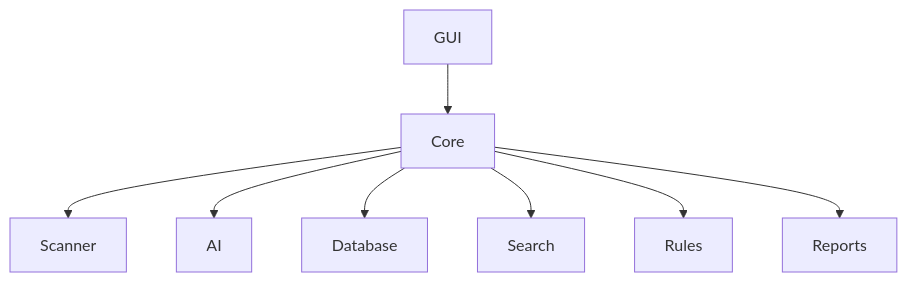
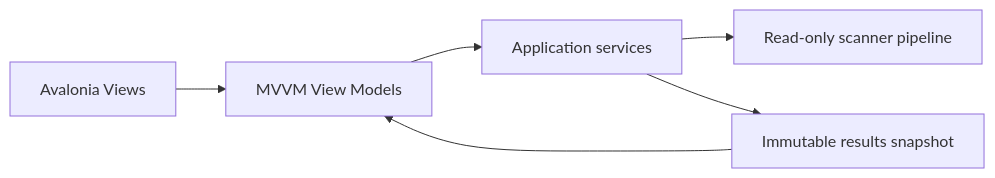
Before and after one commit to nishdel/OpenSorSe: the diagram in docs/Architecture/08_Gui/00_Overview.md, drawn with Mermaid. The commit also changed other lines of this file and 22 other files, not shown here.

````diff
--- a/docs/Architecture/08_Gui/00_Overview.md
+++ b/docs/Architecture/08_Gui/00_Overview.md
@@ -63,28 +27,8 @@
-```mermaid id="2y9v4k"
-flowchart TB
-
-GUI["GUI"]
-
-Core["Core"]
-
-Scanner["Scanner"]
-
-AI["AI"]
-
-Database["Database"]
-
-Search["Search"]
-
-Rules["Rules"]
-
-Reports["Reports"]
-
-GUI --> Core
-
-Core --> Scanner
-Core --> AI
-Core --> Database
-Core --> Search
-Core --> Rules
-Core --> Reports
+```mermaid
+flowchart LR
+    Views["Avalonia Views"] --> ViewModels["MVVM View Models"]
+    ViewModels --> Application["Application services"]
+    Application --> Scanner["Read-only scanner pipeline"]
+    Application --> Results["Immutable results snapshot"]
+    Results --> ViewModels
 ```
````
